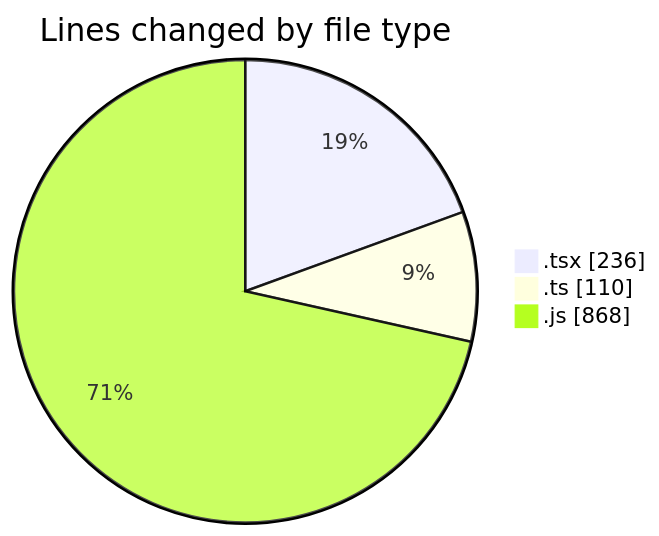
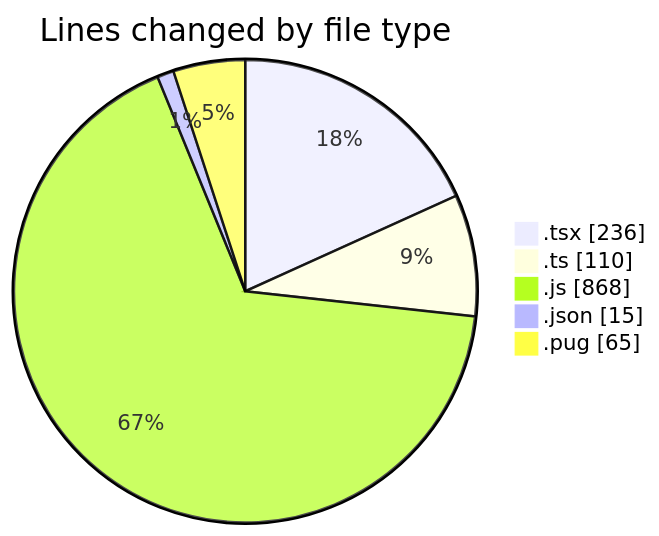
The first of 2 diagrams in 2025-03-24/cda/README.md (momahboobian/code-tracking), drawn with Mermaid before and after one commit. The commit also changed other lines of this file and 1 other file, not shown here.

````diff
--- a/2025-03-24/cda/README.md
+++ b/2025-03-24/cda/README.md
@@ -27,7 +29,9 @@
 ```mermaid
 pie showData
 title Lines changed by file type
 ".tsx" : 236
 ".ts" : 110
 ".js" : 868
+".json" : 15
+".pug" : 65
 ```
````
